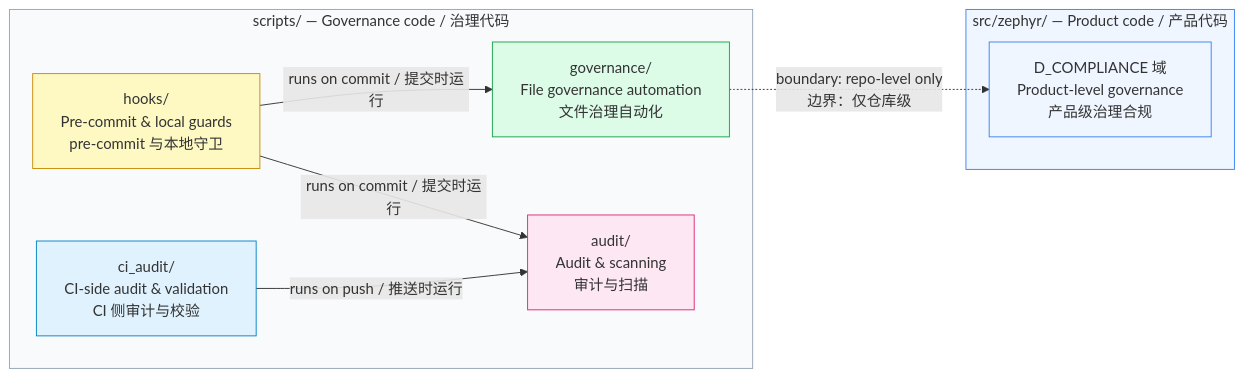
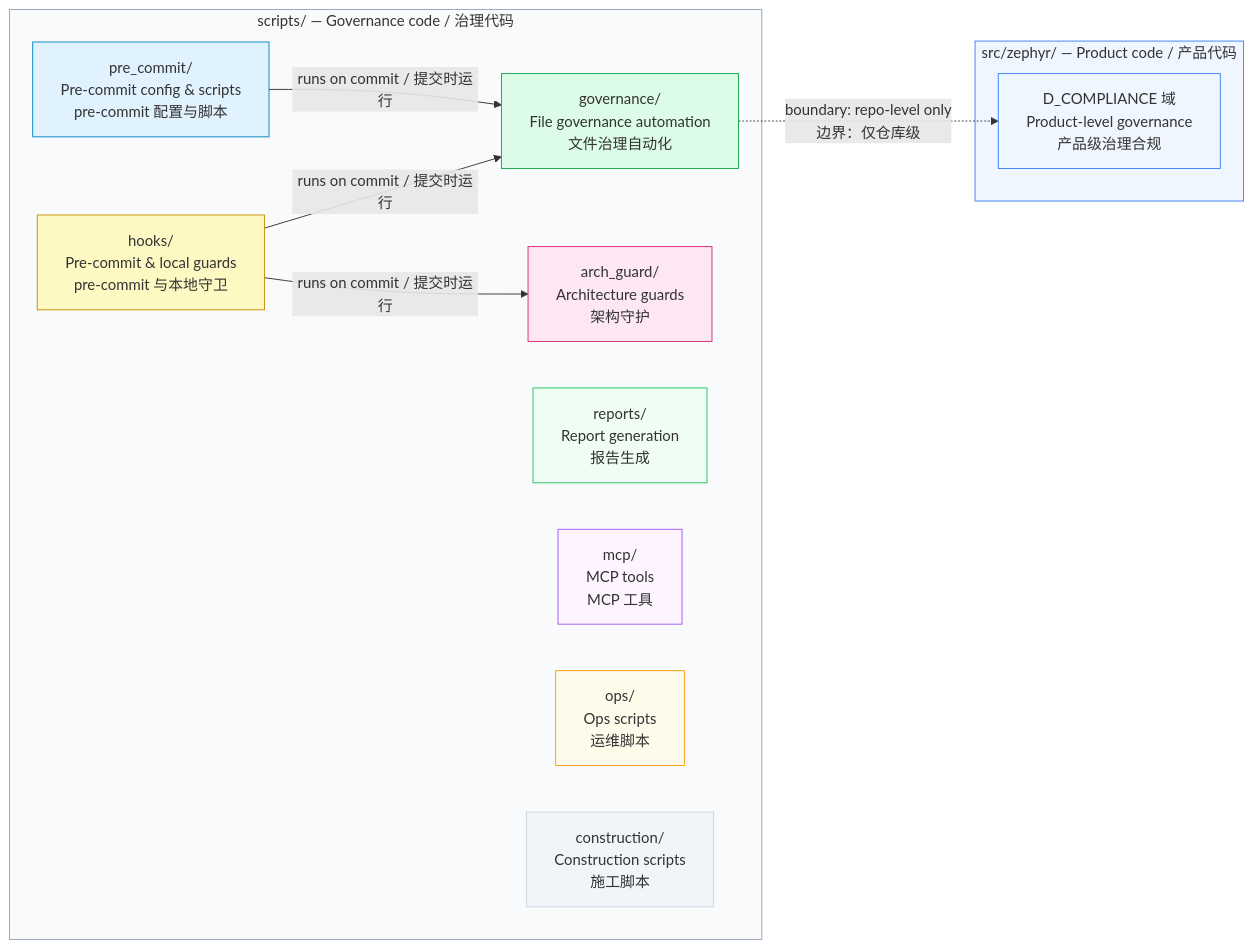
One commit to xuanFelixVan/ZephyrAlpha changed the diagram in docs/02_enterprise_architecture/target_architecture/diagrams/scripts_topology.mmd. Above: the diagram before and after it, drawn with Mermaid. The commit also changed 11 other files, not shown here.

First line of the commit message:
docs: 清理过时架构图 — 删6个+修正7个Source/细节

```diff
--- a/docs/02_enterprise_architecture/target_architecture/diagrams/scripts_topology.mmd
+++ b/docs/02_enterprise_architecture/target_architecture/diagrams/scripts_topology.mmd
@@ -1,25 +1,33 @@
 %%{init: {'theme': 'default'}}%%
 graph LR
     subgraph SCRIPTS["scripts/ — Governance code / 治理代码"]
         GOV["governance/<br/>File governance automation<br/>文件治理自动化"]
-        AUDIT["audit/<br/>Audit &amp; scanning<br/>审计与扫描"]
+        ARCH_GUARD["arch_guard/<br/>Architecture guards<br/>架构守护"]
         HOOKS["hooks/<br/>Pre-commit &amp; local guards<br/>pre-commit 与本地守卫"]
-        CI["ci_audit/<br/>CI-side audit &amp; validation<br/>CI 侧审计与校验"]
+        PRECOMMIT["pre_commit/<br/>Pre-commit config &amp; scripts<br/>pre-commit 配置与脚本"]
+        REPORTS["reports/<br/>Report generation<br/>报告生成"]
+        MCP["mcp/<br/>MCP tools<br/>MCP 工具"]
+        OPS["ops/<br/>Ops scripts<br/>运维脚本"]
+        CONSTRUCTION["construction/<br/>Construction scripts<br/>施工脚本"]
     end
 
     subgraph SRC["src/zephyr/ — Product code / 产品代码"]
         D10["D_COMPLIANCE 域<br/>Product-level governance<br/>产品级治理合规"]
     end
 
     HOOKS -->|"runs on commit / 提交时运行"| GOV
-    HOOKS -->|"runs on commit / 提交时运行"| AUDIT
-    CI -->|"runs on push / 推送时运行"| AUDIT
+    HOOKS -->|"runs on commit / 提交时运行"| ARCH_GUARD
+    PRECOMMIT -->|"runs on commit / 提交时运行"| GOV
     GOV -.->|"boundary: repo-level only<br/>边界：仅仓库级"| D10
 
     style SCRIPTS fill:#f8fafc,stroke:#94a3b8
     style SRC fill:#eff6ff,stroke:#3b82f6
     style HOOKS fill:#fef9c3,stroke:#ca8a04
     style GOV fill:#dcfce7,stroke:#16a34a
-    style AUDIT fill:#fce7f3,stroke:#db2777
-    style CI fill:#e0f2fe,stroke:#0284c7
+    style ARCH_GUARD fill:#fce7f3,stroke:#db2777
+    style PRECOMMIT fill:#e0f2fe,stroke:#0284c7
+    style REPORTS fill:#f0fdf4,stroke:#22c55e
+    style MCP fill:#fdf4ff,stroke:#a855f7
+    style OPS fill:#fffbeb,stroke:#f59e0b
+    style CONSTRUCTION fill:#f1f5f9,stroke:#cbd5e1
     style D10 fill:#eff6ff,stroke:#3b82f6
```
